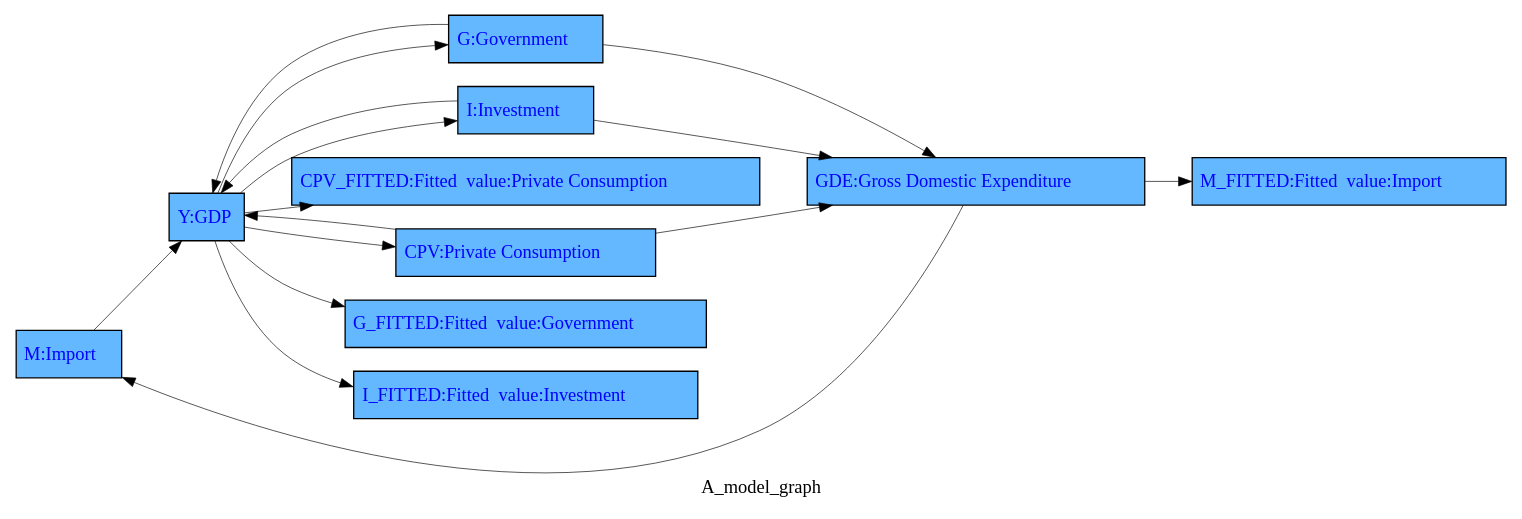
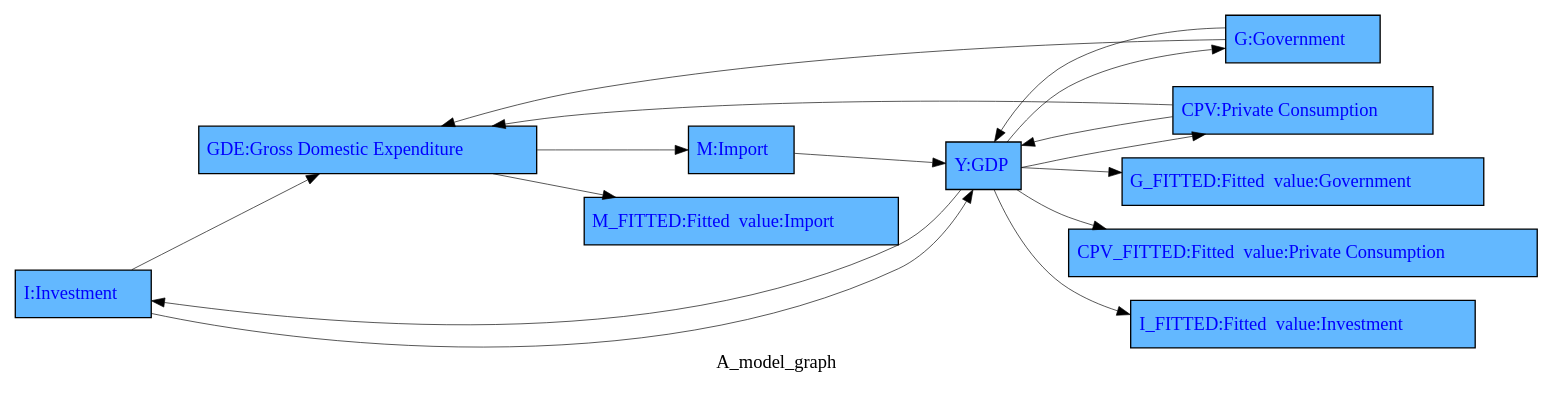
One commit to IbHansen/modelflow-manual changed the diagram in working_paper/thebook/content/howto/smallmodel/graph/A_model_graph.gv. Above: the diagram before and after it, drawn with Graphviz. The commit also changed 110 other files, not shown here.

```diff
--- a/working_paper/thebook/content/howto/smallmodel/graph/A_model_graph.gv
+++ b/working_paper/thebook/content/howto/smallmodel/graph/A_model_graph.gv
@@ -1,30 +1,30 @@
 digraph TD { rankdir ="LR" 
 {node  [margin=0.025 fontcolor=blue style=filled ] 
- "M" [ shape=box fillcolor= steelblue1 tooltip="Import&#10;FRML &lt;FIXABLE, DAMP&gt; M = (M(-1)*EXP(M_A+ (-C2_M*(LOG(M(-1))-LOG(GDE(-1))-C1_M)+C3_M*((LOG(GDE))-(LOG(GDE(-1))))) )) * (1-M_D)+ M_X*M_D &#36;"  margin=0.025 fontcolor=blue style = filled  label=<<TABLE BORDER='0' CELLBORDER = '0' style = "filled"  > <TR><TD tooltip="Import&#10;FRML &lt;FIXABLE, DAMP&gt; M = (M(-1)*EXP(M_A+ (-C2_M*(LOG(M(-1))-LOG(GDE(-1))-C1_M)+C3_M*((LOG(GDE))-(LOG(GDE(-1))))) )) * (1-M_D)+ M_X*M_D &#36;">M:Import</TD></TR> </TABLE>> ]
+ "I" [ shape=box fillcolor= steelblue1 tooltip="Investment&#10;FRML &lt;FIXABLE, DAMP&gt; I = (I(-1)*EXP(I_A+ (-C2_I*(LOG(I(-1))-LOG(Y(-1)-G(-1))-C1_I)+C3_I*((LOG(Y))-(LOG(Y(-1))))) )) * (1-I_D)+ I_X*I_D &#36;"  margin=0.025 fontcolor=blue style = filled  label=<<TABLE BORDER='0' CELLBORDER = '0' style = "filled"  > <TR><TD tooltip="Investment&#10;FRML &lt;FIXABLE, DAMP&gt; I = (I(-1)*EXP(I_A+ (-C2_I*(LOG(I(-1))-LOG(Y(-1)-G(-1))-C1_I)+C3_I*((LOG(Y))-(LOG(Y(-1))))) )) * (1-I_D)+ I_X*I_D &#36;">I:Investment</TD></TR> </TABLE>> ]
+"GDE" [ shape=box fillcolor= steelblue1 tooltip="Gross Domestic Expenditure&#10;FRML &lt;IDENT&gt; GDE = CPV+I+G&#36;"  margin=0.025 fontcolor=blue style = filled  label=<<TABLE BORDER='0' CELLBORDER = '0' style = "filled"  > <TR><TD tooltip="Gross Domestic Expenditure&#10;FRML &lt;IDENT&gt; GDE = CPV+I+G&#36;">GDE:Gross Domestic Expenditure</TD></TR> </TABLE>> ]
 "G" [ shape=box fillcolor= steelblue1 tooltip="Government&#10;FRML &lt;FIXABLE, DAMP&gt; G = (G(-1)*EXP(G_A+ (-C2_G*(LOG(G(-1))-LOG(Y(-1))-C1_G)+C3_G*((LOG(Y))-(LOG(Y(-1))))) )) * (1-G_D)+ G_X*G_D &#36;"  margin=0.025 fontcolor=blue style = filled  label=<<TABLE BORDER='0' CELLBORDER = '0' style = "filled"  > <TR><TD tooltip="Government&#10;FRML &lt;FIXABLE, DAMP&gt; G = (G(-1)*EXP(G_A+ (-C2_G*(LOG(G(-1))-LOG(Y(-1))-C1_G)+C3_G*((LOG(Y))-(LOG(Y(-1))))) )) * (1-G_D)+ G_X*G_D &#36;">G:Government</TD></TR> </TABLE>> ]
 "CPV_FITTED" [ shape=box fillcolor= steelblue1 tooltip="Fitted  value:Private Consumption&#10;FRML &lt;FIT&gt; CPV_FITTED = CPV(-1)*EXP( (-C2_CPV*(LOG(CPV(-1))-LOG(Y(-1))-C1_CPV)+C3_CPV*((LOG(Y))-(LOG(Y(-1))))) )&#36;"  margin=0.025 fontcolor=blue style = filled  label=<<TABLE BORDER='0' CELLBORDER = '0' style = "filled"  > <TR><TD tooltip="Fitted  value:Private Consumption&#10;FRML &lt;FIT&gt; CPV_FITTED = CPV(-1)*EXP( (-C2_CPV*(LOG(CPV(-1))-LOG(Y(-1))-C1_CPV)+C3_CPV*((LOG(Y))-(LOG(Y(-1))))) )&#36;">CPV_FITTED:Fitted  value:Private Consumption</TD></TR> </TABLE>> ]
-"GDE" [ shape=box fillcolor= steelblue1 tooltip="Gross Domestic Expenditure&#10;FRML &lt;IDENT&gt; GDE = CPV+I+G&#36;"  margin=0.025 fontcolor=blue style = filled  label=<<TABLE BORDER='0' CELLBORDER = '0' style = "filled"  > <TR><TD tooltip="Gross Domestic Expenditure&#10;FRML &lt;IDENT&gt; GDE = CPV+I+G&#36;">GDE:Gross Domestic Expenditure</TD></TR> </TABLE>> ]
-"I" [ shape=box fillcolor= steelblue1 tooltip="Investment&#10;FRML &lt;FIXABLE, DAMP&gt; I = (I(-1)*EXP(I_A+ (-C2_I*(LOG(I(-1))-LOG(Y(-1)-G(-1))-C1_I)+C3_I*((LOG(Y))-(LOG(Y(-1))))) )) * (1-I_D)+ I_X*I_D &#36;"  margin=0.025 fontcolor=blue style = filled  label=<<TABLE BORDER='0' CELLBORDER = '0' style = "filled"  > <TR><TD tooltip="Investment&#10;FRML &lt;FIXABLE, DAMP&gt; I = (I(-1)*EXP(I_A+ (-C2_I*(LOG(I(-1))-LOG(Y(-1)-G(-1))-C1_I)+C3_I*((LOG(Y))-(LOG(Y(-1))))) )) * (1-I_D)+ I_X*I_D &#36;">I:Investment</TD></TR> </TABLE>> ]
+"M_FITTED" [ shape=box fillcolor= steelblue1 tooltip="Fitted  value:Import&#10;FRML &lt;FIT&gt; M_FITTED = M(-1)*EXP( (-C2_M*(LOG(M(-1))-LOG(GDE(-1))-C1_M)+C3_M*((LOG(GDE))-(LOG(GDE(-1))))) )&#36;"  margin=0.025 fontcolor=blue style = filled  label=<<TABLE BORDER='0' CELLBORDER = '0' style = "filled"  > <TR><TD tooltip="Fitted  value:Import&#10;FRML &lt;FIT&gt; M_FITTED = M(-1)*EXP( (-C2_M*(LOG(M(-1))-LOG(GDE(-1))-C1_M)+C3_M*((LOG(GDE))-(LOG(GDE(-1))))) )&#36;">M_FITTED:Fitted  value:Import</TD></TR> </TABLE>> ]
 "Y" [ shape=box fillcolor= steelblue1 tooltip="GDP&#10;FRML &lt;IDENT&gt; Y = CPV+I+G+X-M+YDISC&#36;"  margin=0.025 fontcolor=blue style = filled  label=<<TABLE BORDER='0' CELLBORDER = '0' style = "filled"  > <TR><TD tooltip="GDP&#10;FRML &lt;IDENT&gt; Y = CPV+I+G+X-M+YDISC&#36;">Y:GDP</TD></TR> </TABLE>> ]
 "CPV" [ shape=box fillcolor= steelblue1 tooltip="Private Consumption&#10;FRML &lt;FIXABLE, DAMP&gt; CPV = (CPV(-1)*EXP(CPV_A+ (-C2_CPV*(LOG(CPV(-1))-LOG(Y(-1))-C1_CPV)+C3_CPV*((LOG(Y))-(LOG(Y(-1))))) )) * (1-CPV_D)+ CPV_X*CPV_D &#36;"  margin=0.025 fontcolor=blue style = filled  label=<<TABLE BORDER='0' CELLBORDER = '0' style = "filled"  > <TR><TD tooltip="Private Consumption&#10;FRML &lt;FIXABLE, DAMP&gt; CPV = (CPV(-1)*EXP(CPV_A+ (-C2_CPV*(LOG(CPV(-1))-LOG(Y(-1))-C1_CPV)+C3_CPV*((LOG(Y))-(LOG(Y(-1))))) )) * (1-CPV_D)+ CPV_X*CPV_D &#36;">CPV:Private Consumption</TD></TR> </TABLE>> ]
-"M_FITTED" [ shape=box fillcolor= steelblue1 tooltip="Fitted  value:Import&#10;FRML &lt;FIT&gt; M_FITTED = M(-1)*EXP( (-C2_M*(LOG(M(-1))-LOG(GDE(-1))-C1_M)+C3_M*((LOG(GDE))-(LOG(GDE(-1))))) )&#36;"  margin=0.025 fontcolor=blue style = filled  label=<<TABLE BORDER='0' CELLBORDER = '0' style = "filled"  > <TR><TD tooltip="Fitted  value:Import&#10;FRML &lt;FIT&gt; M_FITTED = M(-1)*EXP( (-C2_M*(LOG(M(-1))-LOG(GDE(-1))-C1_M)+C3_M*((LOG(GDE))-(LOG(GDE(-1))))) )&#36;">M_FITTED:Fitted  value:Import</TD></TR> </TABLE>> ]
-"G_FITTED" [ shape=box fillcolor= steelblue1 tooltip="Fitted  value:Government&#10;FRML &lt;FIT&gt; G_FITTED = G(-1)*EXP( (-C2_G*(LOG(G(-1))-LOG(Y(-1))-C1_G)+C3_G*((LOG(Y))-(LOG(Y(-1))))) )&#36;"  margin=0.025 fontcolor=blue style = filled  label=<<TABLE BORDER='0' CELLBORDER = '0' style = "filled"  > <TR><TD tooltip="Fitted  value:Government&#10;FRML &lt;FIT&gt; G_FITTED = G(-1)*EXP( (-C2_G*(LOG(G(-1))-LOG(Y(-1))-C1_G)+C3_G*((LOG(Y))-(LOG(Y(-1))))) )&#36;">G_FITTED:Fitted  value:Government</TD></TR> </TABLE>> ]
-"I_FITTED" [ shape=box fillcolor= steelblue1 tooltip="Fitted  value:Investment&#10;FRML &lt;FIT&gt; I_FITTED = I(-1)*EXP( (-C2_I*(LOG(I(-1))-LOG(Y(-1)-G(-1))-C1_I)+C3_I*((LOG(Y))-(LOG(Y(-1))))) )&#36;"  margin=0.025 fontcolor=blue style = filled  label=<<TABLE BORDER='0' CELLBORDER = '0' style = "filled"  > <TR><TD tooltip="Fitted  value:Investment&#10;FRML &lt;FIT&gt; I_FITTED = I(-1)*EXP( (-C2_I*(LOG(I(-1))-LOG(Y(-1)-G(-1))-C1_I)+C3_I*((LOG(Y))-(LOG(Y(-1))))) )&#36;">I_FITTED:Fitted  value:Investment</TD></TR> </TABLE>> ] 
+"I_FITTED" [ shape=box fillcolor= steelblue1 tooltip="Fitted  value:Investment&#10;FRML &lt;FIT&gt; I_FITTED = I(-1)*EXP( (-C2_I*(LOG(I(-1))-LOG(Y(-1)-G(-1))-C1_I)+C3_I*((LOG(Y))-(LOG(Y(-1))))) )&#36;"  margin=0.025 fontcolor=blue style = filled  label=<<TABLE BORDER='0' CELLBORDER = '0' style = "filled"  > <TR><TD tooltip="Fitted  value:Investment&#10;FRML &lt;FIT&gt; I_FITTED = I(-1)*EXP( (-C2_I*(LOG(I(-1))-LOG(Y(-1)-G(-1))-C1_I)+C3_I*((LOG(Y))-(LOG(Y(-1))))) )&#36;">I_FITTED:Fitted  value:Investment</TD></TR> </TABLE>> ]
+"M" [ shape=box fillcolor= steelblue1 tooltip="Import&#10;FRML &lt;FIXABLE, DAMP&gt; M = (M(-1)*EXP(M_A+ (-C2_M*(LOG(M(-1))-LOG(GDE(-1))-C1_M)+C3_M*((LOG(GDE))-(LOG(GDE(-1))))) )) * (1-M_D)+ M_X*M_D &#36;"  margin=0.025 fontcolor=blue style = filled  label=<<TABLE BORDER='0' CELLBORDER = '0' style = "filled"  > <TR><TD tooltip="Import&#10;FRML &lt;FIXABLE, DAMP&gt; M = (M(-1)*EXP(M_A+ (-C2_M*(LOG(M(-1))-LOG(GDE(-1))-C1_M)+C3_M*((LOG(GDE))-(LOG(GDE(-1))))) )) * (1-M_D)+ M_X*M_D &#36;">M:Import</TD></TR> </TABLE>> ]
+"G_FITTED" [ shape=box fillcolor= steelblue1 tooltip="Fitted  value:Government&#10;FRML &lt;FIT&gt; G_FITTED = G(-1)*EXP( (-C2_G*(LOG(G(-1))-LOG(Y(-1))-C1_G)+C3_G*((LOG(Y))-(LOG(Y(-1))))) )&#36;"  margin=0.025 fontcolor=blue style = filled  label=<<TABLE BORDER='0' CELLBORDER = '0' style = "filled"  > <TR><TD tooltip="Fitted  value:Government&#10;FRML &lt;FIT&gt; G_FITTED = G(-1)*EXP( (-C2_G*(LOG(G(-1))-LOG(Y(-1))-C1_G)+C3_G*((LOG(Y))-(LOG(Y(-1))))) )&#36;">G_FITTED:Fitted  value:Government</TD></TR> </TABLE>> ] 
 } 
+"Y" -> "I" [ style = filled tooltip=NA href="bogus" penwidth = 0.5 ]
+"CPV" -> "Y" [ style = filled tooltip=NA href="bogus" penwidth = 0.5 ]
+"G" -> "Y" [ style = filled tooltip=NA href="bogus" penwidth = 0.5 ]
+"I" -> "GDE" [ style = filled tooltip=NA href="bogus" penwidth = 0.5 ]
+"Y" -> "CPV_FITTED" [ style = filled tooltip=NA href="bogus" penwidth = 0.5 ]
+"Y" -> "I_FITTED" [ style = filled tooltip=NA href="bogus" penwidth = 0.5 ]
+"M" -> "Y" [ style = filled tooltip=NA href="bogus" penwidth = 0.5 ]
+"GDE" -> "M_FITTED" [ style = filled tooltip=NA href="bogus" penwidth = 0.5 ]
+"GDE" -> "M" [ style = filled tooltip=NA href="bogus" penwidth = 0.5 ]
+"CPV" -> "GDE" [ style = filled tooltip=NA href="bogus" penwidth = 0.5 ]
+"Y" -> "G_FITTED" [ style = filled tooltip=NA href="bogus" penwidth = 0.5 ]
+"I" -> "Y" [ style = filled tooltip=NA href="bogus" penwidth = 0.5 ]
 "Y" -> "CPV" [ style = filled tooltip=NA href="bogus" penwidth = 0.5 ]
-"CPV" -> "GDE" [ style = filled tooltip=NA href="bogus" penwidth = 0.5 ]
-"Y" -> "I" [ style = filled tooltip=NA href="bogus" penwidth = 0.5 ]
 "G" -> "GDE" [ style = filled tooltip=NA href="bogus" penwidth = 0.5 ]
-"Y" -> "I_FITTED" [ style = filled tooltip=NA href="bogus" penwidth = 0.5 ]
-"I" -> "GDE" [ style = filled tooltip=NA href="bogus" penwidth = 0.5 ]
-"Y" -> "G_FITTED" [ style = filled tooltip=NA href="bogus" penwidth = 0.5 ]
-"GDE" -> "M_FITTED" [ style = filled tooltip=NA href="bogus" penwidth = 0.5 ]
-"I" -> "Y" [ style = filled tooltip=NA href="bogus" penwidth = 0.5 ]
-"GDE" -> "M" [ style = filled tooltip=NA href="bogus" penwidth = 0.5 ]
 "Y" -> "G" [ style = filled tooltip=NA href="bogus" penwidth = 0.5 ]
-"CPV" -> "Y" [ style = filled tooltip=NA href="bogus" penwidth = 0.5 ]
-"Y" -> "CPV_FITTED" [ style = filled tooltip=NA href="bogus" penwidth = 0.5 ]
-"M" -> "Y" [ style = filled tooltip=NA href="bogus" penwidth = 0.5 ]
-"G" -> "Y" [ style = filled tooltip=NA href="bogus" penwidth = 0.5 ]
  label = "A_model_graph";
 }
```
